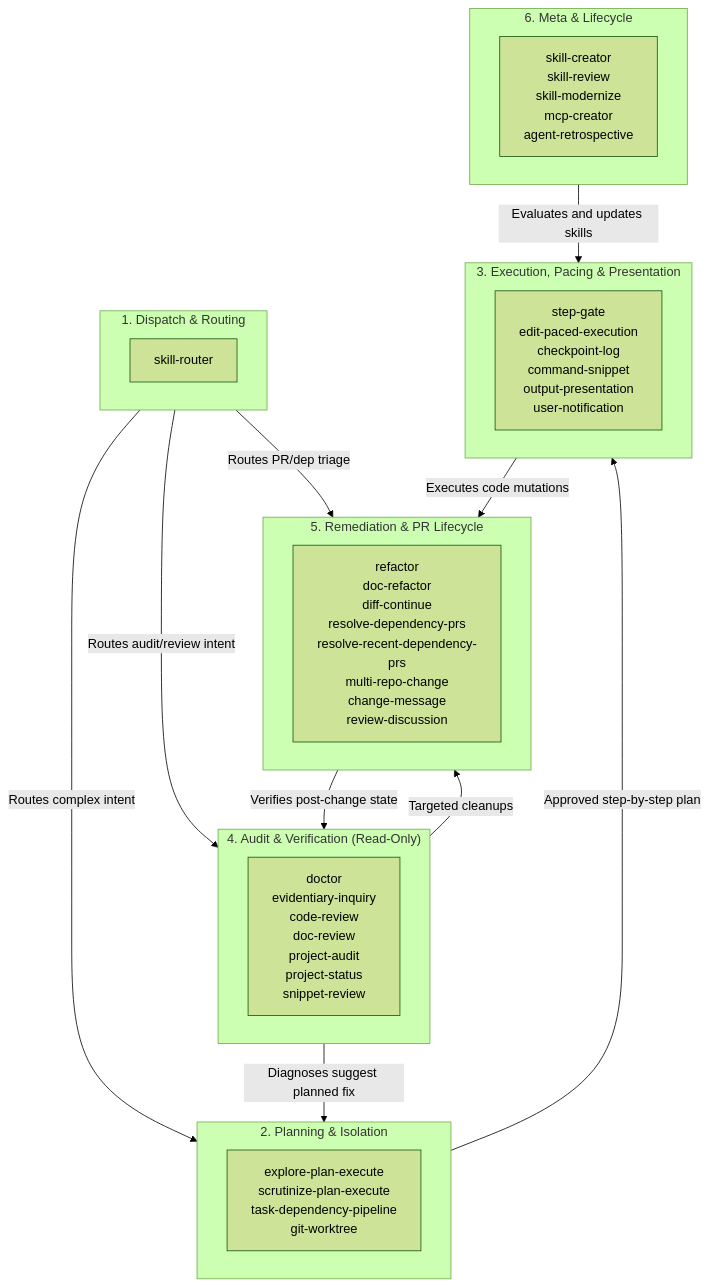
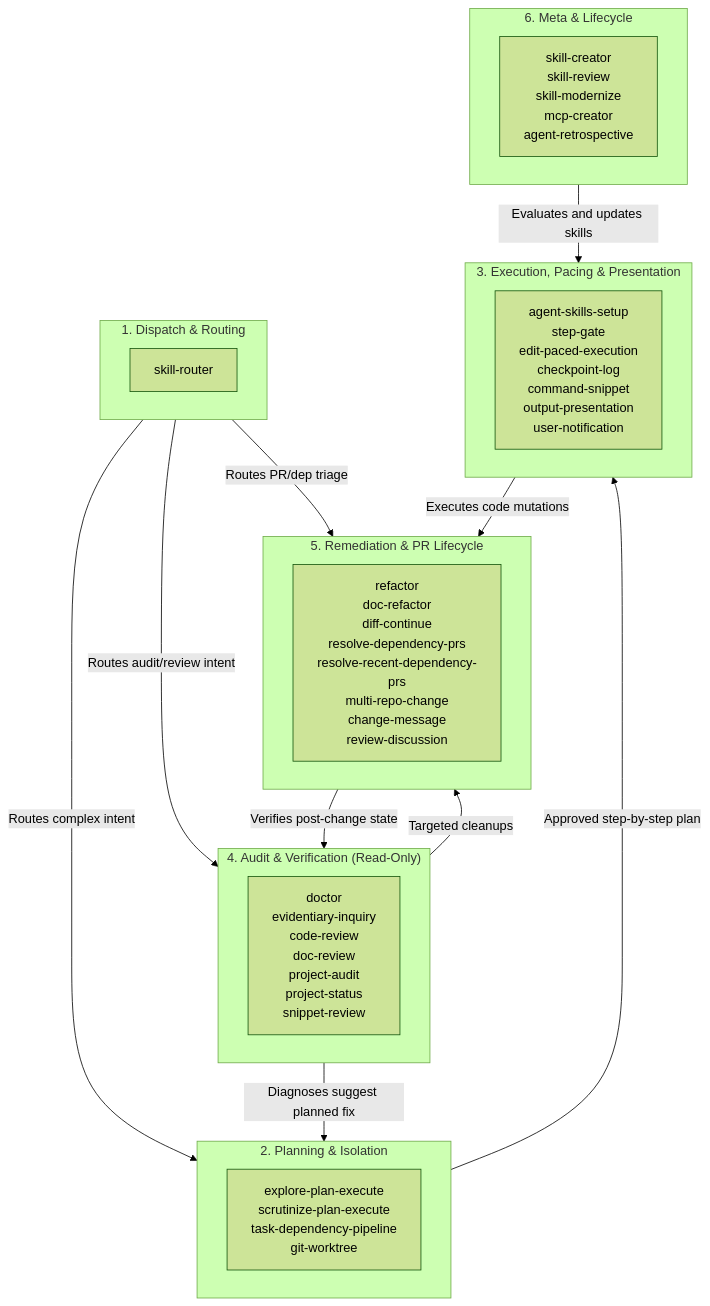
Before and after one commit to berquerant/agent-skills: the diagram in AGENTS.md, drawn with Mermaid (forest theme). The commit also changed other lines of this file and 5 other files, not shown here.

First line of the commit message:
feat(skills): introduce agent-skills-setup and replace global AGENTS.md (#22)

````diff
--- a/AGENTS.md
+++ b/AGENTS.md
@@ -76,37 +76,37 @@
 ```mermaid
 flowchart TD
     subgraph Dispatch ["1. Dispatch & Routing"]
         SR["skill-router"]
     end
 
     subgraph Planning ["2. Planning & Isolation"]
         PLAN["explore-plan-execute<br/>scrutinize-plan-execute<br/>task-dependency-pipeline<br/>git-worktree"]
     end
 
     subgraph Execution ["3. Execution, Pacing & Presentation"]
-        EXEC["step-gate<br/>edit-paced-execution<br/>checkpoint-log<br/>command-snippet<br/>output-presentation<br/>user-notification"]
+        EXEC["agent-skills-setup<br/>step-gate<br/>edit-paced-execution<br/>checkpoint-log<br/>command-snippet<br/>output-presentation<br/>user-notification"]
     end
 
     subgraph Audit ["4. Audit & Verification (Read-Only)"]
         AUD["doctor<br/>evidentiary-inquiry<br/>code-review<br/>doc-review<br/>project-audit<br/>project-status<br/>snippet-review"]
     end
 
     subgraph Remediation ["5. Remediation & PR Lifecycle"]
         REM["refactor<br/>doc-refactor<br/>diff-continue<br/>resolve-dependency-prs<br/>resolve-recent-dependency-prs<br/>multi-repo-change<br/>change-message<br/>review-discussion"]
     end
 
     subgraph Meta ["6. Meta & Lifecycle"]
         META["skill-creator<br/>skill-review<br/>skill-modernize<br/>mcp-creator<br/>agent-retrospective"]
     end
 
     %% High-level hand-offs
     Dispatch -->|"Routes complex intent"| Planning
     Dispatch -->|"Routes audit/review intent"| Audit
     Dispatch -->|"Routes PR/dep triage"| Remediation
     Audit -->|"Diagnoses suggest planned fix"| Planning
     Audit -->|"Targeted cleanups"| Remediation
     Planning -->|"Approved step-by-step plan"| Execution
     Execution -->|"Executes code mutations"| Remediation
     Remediation -->|"Verifies post-change state"| Audit
     Meta -->|"Evaluates and updates skills"| Execution
 ```
````
